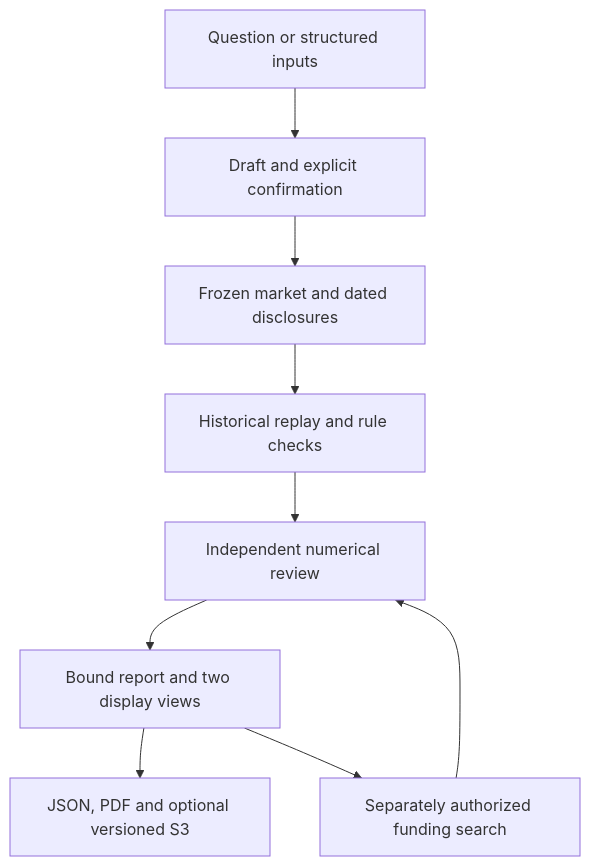
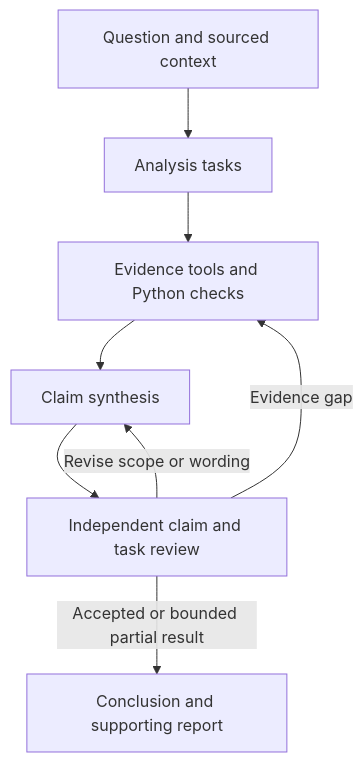
The diagram in submission/technical-summary.md (foglands/datathon), drawn with Mermaid before and after one commit. The commit also changed other lines of this file and 25 other files, not shown here.

````diff
--- a/submission/technical-summary.md
+++ b/submission/technical-summary.md
@@ -15,11 +18,10 @@
 ```mermaid
 flowchart TD
-    A["Question or structured inputs"] --> B["Draft and explicit confirmation"]
-    B --> C["Frozen market and dated disclosures"]
-    C --> D["Historical replay and rule checks"]
-    D --> E["Independent numerical review"]
-    E --> F["Bound report and two display views"]
-    F --> G["JSON, PDF and optional versioned S3"]
-    F --> H["Separately authorized funding search"]
-    H --> E
+    U["Question and sourced context"] --> P["Analysis tasks"]
+    P --> T["Evidence tools and Python checks"]
+    T --> S["Claim synthesis"]
+    S --> R["Independent claim and task review"]
+    R -->|"Evidence gap"| T
+    R -->|"Revise scope or wording"| S
+    R -->|"Accepted or bounded partial result"| O["Conclusion and supporting report"]
 ```
````
